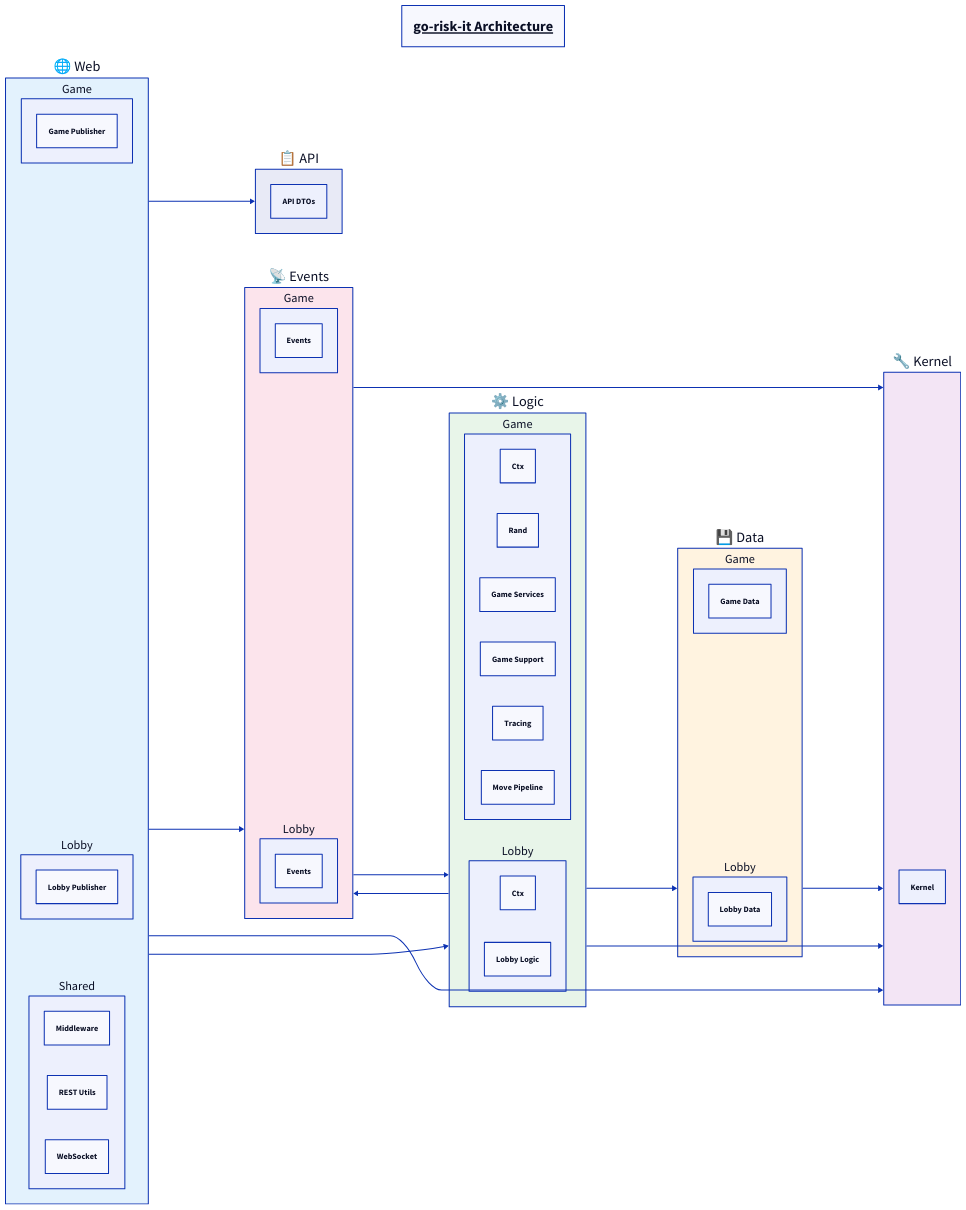
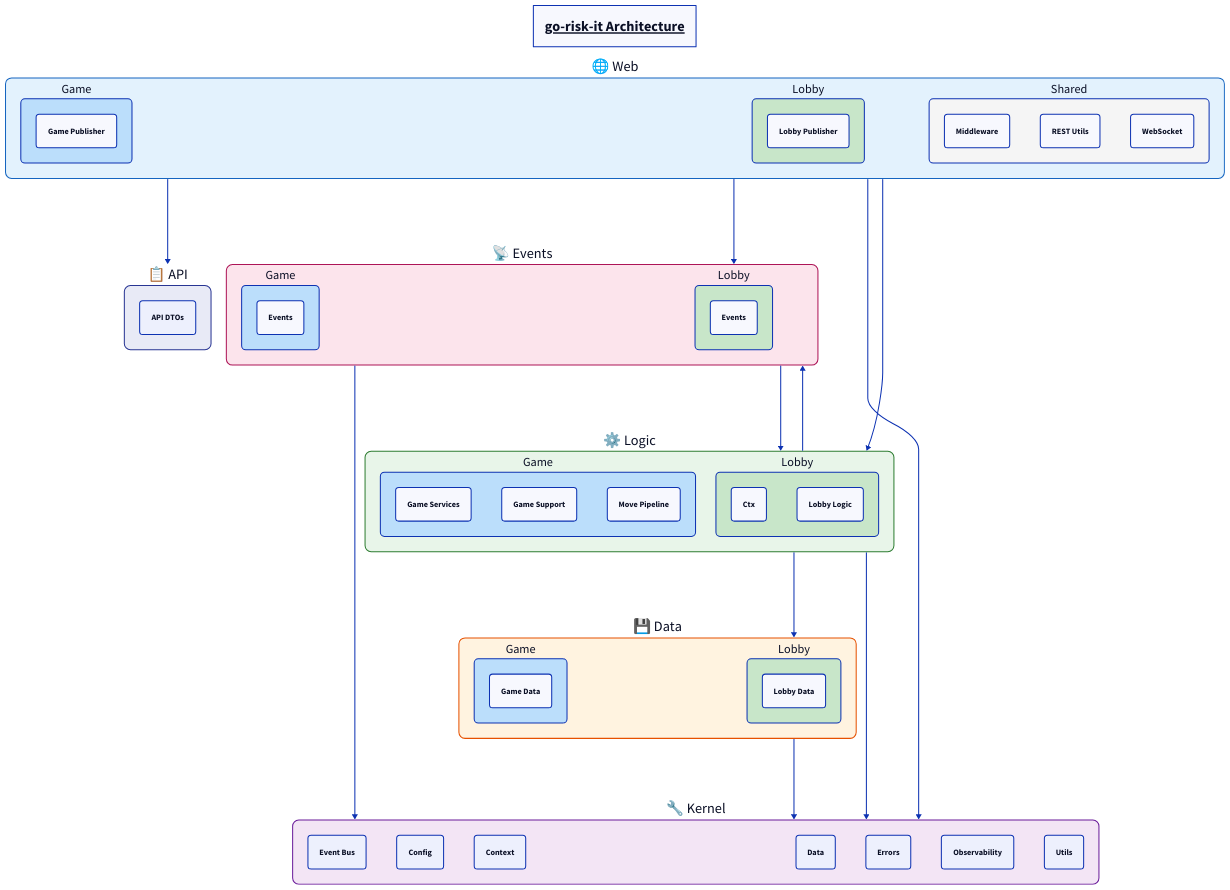
The diagram in docs/architecture-diagram.d2 (go-risk-it/go-risk-it), drawn with D2 before and after one commit. The commit also changed 7 other files, not shown here.

First line of the commit message:
style(archdiagram): ELK layout, styled containers, consolidated nodes

```diff
--- a/docs/architecture-diagram.d2
+++ b/docs/architecture-diagram.d2
@@ -1,83 +1,160 @@
 # Architecture diagram — auto-generated by cmd/archdiagram.
 # Do not edit manually; run 'make diagrams' to regenerate.
 
 title: go-risk-it Architecture {
   near: top-center
   style.font-size: 28
   style.underline: true
 }
 
-direction: right
+direction: down
 
 api: "📋 API" {
   style.fill: "#E8EAF6"
-  api_dtos: "API DTOs"
+  style.stroke: "#283593"
+  style.border-radius: 12
+  api_dtos: "API DTOs" {
+    style.border-radius: 6
+  }
 }
 
 web: "🌐 Web" {
   style.fill: "#E3F2FD"
+  style.stroke: "#1565C0"
+  style.border-radius: 12
   game: "Game" {
-    game_publisher: "Game Publisher"
+    style.fill: "#BBDEFB"
+    style.border-radius: 8
+    game_publisher: "Game Publisher" {
+      style.border-radius: 6
+    }
   }
   lobby: "Lobby" {
-    lobby_publisher: "Lobby Publisher"
+    style.fill: "#C8E6C9"
+    style.border-radius: 8
+    lobby_publisher: "Lobby Publisher" {
+      style.border-radius: 6
+    }
   }
   shared: "Shared" {
-    middleware: "Middleware"
-    rest_utils: "REST Utils"
-    websocket: "WebSocket"
+    style.fill: "#F5F5F5"
+    style.border-radius: 8
+    middleware: "Middleware" {
+      style.border-radius: 6
+    }
+    rest_utils: "REST Utils" {
+      style.border-radius: 6
+    }
+    websocket: "WebSocket" {
+      style.border-radius: 6
+    }
   }
 }
 
 events: "📡 Events" {
   style.fill: "#FCE4EC"
+  style.stroke: "#AD1457"
+  style.border-radius: 12
   game: "Game" {
-    game_events: "Events"
+    style.fill: "#BBDEFB"
+    style.border-radius: 8
+    game_events: "Events" {
+      style.border-radius: 6
+    }
   }
   lobby: "Lobby" {
-    lobby_events: "Events"
+    style.fill: "#C8E6C9"
+    style.border-radius: 8
+    lobby_events: "Events" {
+      style.border-radius: 6
+    }
   }
 }
 
 logic: "⚙️ Logic" {
   style.fill: "#E8F5E9"
+  style.stroke: "#2E7D32"
+  style.border-radius: 12
   game: "Game" {
-    game_ctx: "Ctx"
-    game_rand: "Rand"
-    game_services: "Game Services"
-    game_support: "Game Support"
-    game_tracing: "Tracing"
-    move_pipeline: "Move Pipeline"
+    style.fill: "#BBDEFB"
+    style.border-radius: 8
+    game_services: "Game Services" {
+      style.border-radius: 6
+    }
+    game_support: "Game Support" {
+      style.border-radius: 6
+    }
+    move_pipeline: "Move Pipeline" {
+      style.border-radius: 6
+    }
   }
   lobby: "Lobby" {
-    lobby_ctx: "Ctx"
-    lobby_logic: "Lobby Logic"
+    style.fill: "#C8E6C9"
+    style.border-radius: 8
+    lobby_ctx: "Ctx" {
+      style.border-radius: 6
+    }
+    lobby_logic: "Lobby Logic" {
+      style.border-radius: 6
+    }
   }
 }
 
 data: "💾 Data" {
   style.fill: "#FFF3E0"
+  style.stroke: "#E65100"
+  style.border-radius: 12
   game: "Game" {
-    game_data: "Game Data"
+    style.fill: "#BBDEFB"
+    style.border-radius: 8
+    game_data: "Game Data" {
+      style.border-radius: 6
+    }
   }
   lobby: "Lobby" {
-    lobby_data: "Lobby Data"
+    style.fill: "#C8E6C9"
+    style.border-radius: 8
+    lobby_data: "Lobby Data" {
+      style.border-radius: 6
+    }
   }
 }
 
 kernel: "🔧 Kernel" {
   style.fill: "#F3E5F5"
-  kernel: "Kernel"
+  style.stroke: "#6A1B9A"
+  style.border-radius: 12
+  kernel_bus: "Event Bus" {
+    style.border-radius: 6
+  }
+  kernel_config: "Config" {
+    style.border-radius: 6
+  }
+  kernel_ctx: "Context" {
+    style.border-radius: 6
+  }
+  kernel_data: "Data" {
+    style.border-radius: 6
+  }
+  kernel_errors: "Errors" {
+    style.border-radius: 6
+  }
+  kernel_observability: "Observability" {
+    style.border-radius: 6
+  }
+  kernel_utils: "Utils" {
+    style.border-radius: 6
+  }
 }
 
 # Cross-layer dependencies (container-to-container)
 data -> kernel
 events -> kernel
 events -> logic
 logic -> data
 logic -> events
 logic -> kernel
 web -> api
 web -> events
 web -> kernel
 web -> logic
```
